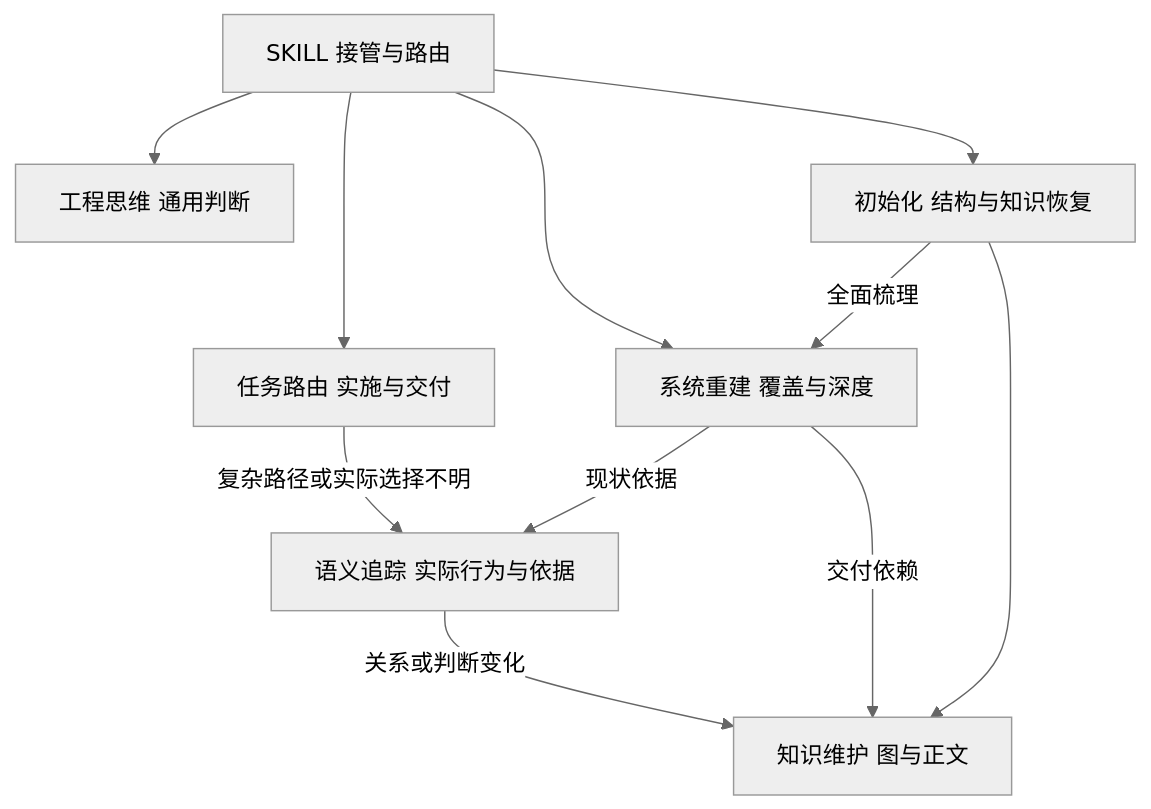
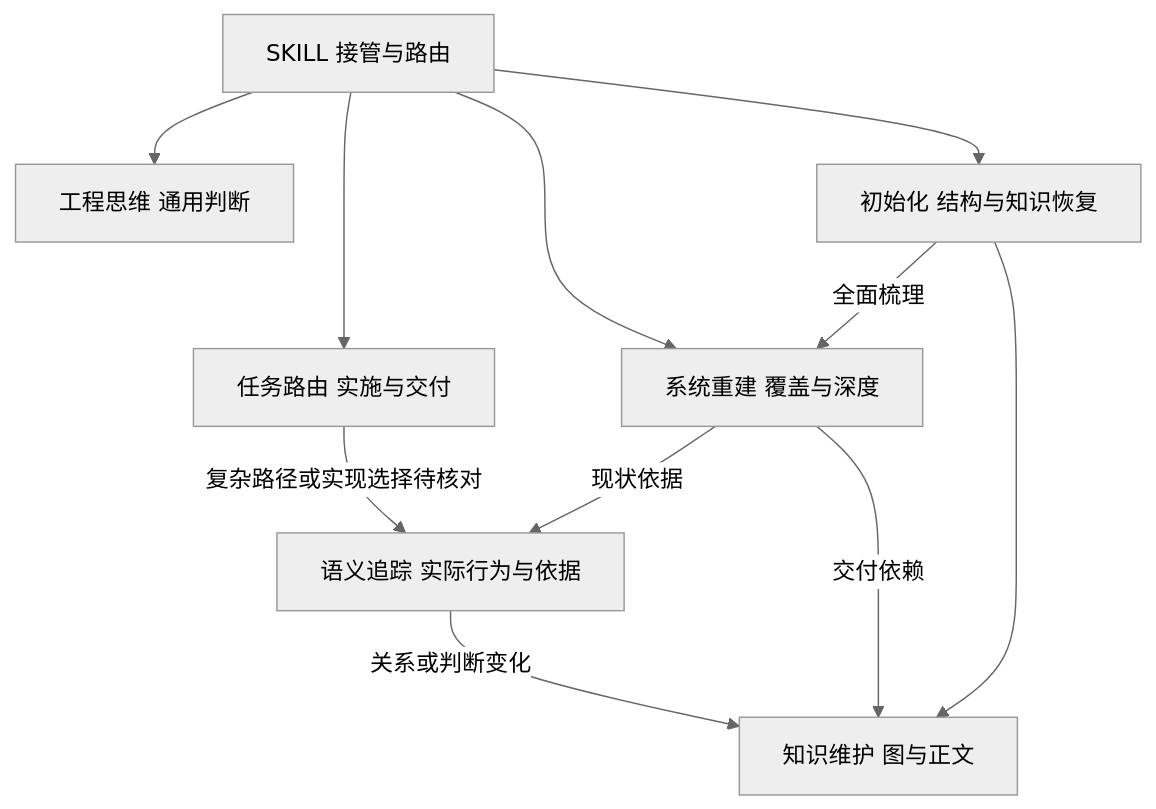
The first of 3 diagrams in README.md (jiale-li-orion/arch-thinking-skill), drawn with Mermaid (neutral theme) before and after one commit. The commit also changed other lines of this file, not shown here.

````diff
--- a/README.md
+++ b/README.md
@@ -184,13 +188,13 @@
 ```mermaid
 flowchart TB
     SK[SKILL 接管与路由] --> TH[工程思维 通用判断]
     SK --> RT[任务路由 实施与交付]
     SK --> SR[系统重建 覆盖与深度]
     SK --> IN[初始化 结构与知识恢复]
-    RT -->|复杂路径或实际选择不明| TR[语义追踪 实际行为与依据]
+    RT -->|复杂路径或实现选择待核对| TR[语义追踪 实际行为与依据]
     SR -->|现状依据| TR
     IN -->|全面梳理| SR
     SR -->|交付依赖| KM[知识维护 图与正文]
     TR -->|关系或判断变化| KM
     IN --> KM
 ```
````
